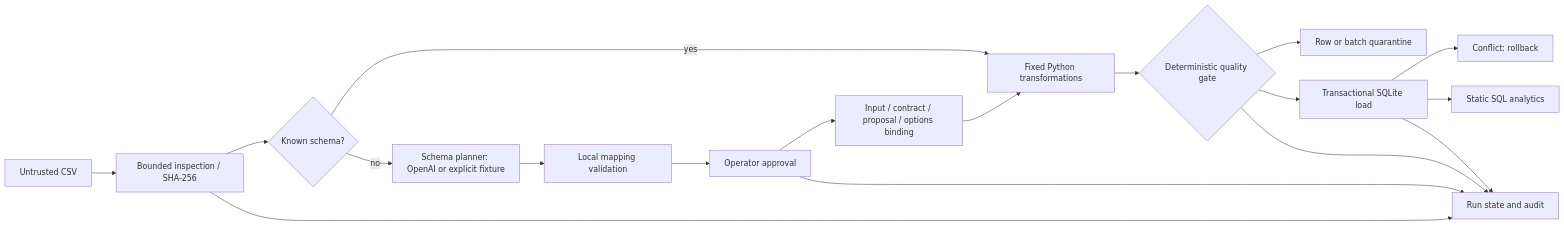
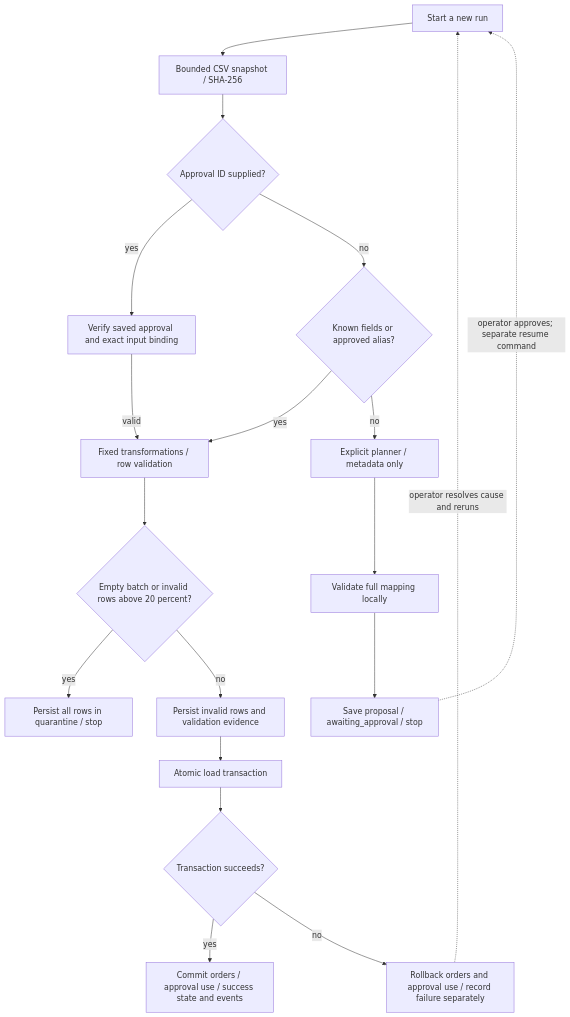
One commit to lekhashashank1704/agent-assisted-etl changed the second of 3 diagrams in docs/ARCHITECTURE.md. Above: the diagram before and after it, drawn with Mermaid. The commit also changed other lines of this file and 1 other file, not shown here.

Commit message:
docs: separate component architecture from approval and transaction flow

````diff
--- a/docs/ARCHITECTURE.md
+++ b/docs/ARCHITECTURE.md
@@ -7,20 +40,22 @@
 ```mermaid
-flowchart LR
-    CSV[Untrusted CSV] --> I[Bounded inspection / SHA-256]
-    I --> K{Known schema?}
-    K -->|yes| T[Fixed Python transformations]
-    K -->|no| P[Schema planner: OpenAI or explicit fixture]
-    P --> V[Local mapping validation]
-    V --> A[Operator approval]
-    A --> B[Input / contract / proposal / options binding]
-    B --> T
-    T --> Q{Deterministic quality gate}
-    Q --> X[Row or batch quarantine]
-    Q --> L[Transactional SQLite load]
-    L --> R[Conflict: rollback]
-    L --> S[Static SQL analytics]
-    I --> U[Run state and audit]
-    A --> U
-    Q --> U
-    L --> U
+flowchart TD
+    START[Start a new run] --> INSPECT[Bounded CSV snapshot / SHA-256]
+    INSPECT --> ROUTE{Approval ID supplied?}
+    ROUTE -->|yes| BIND[Verify saved approval and exact input binding]
+    BIND -->|valid| TRANSFORM[Fixed transformations / row validation]
+    ROUTE -->|no| KNOWN{Known fields or approved alias?}
+    KNOWN -->|yes| TRANSFORM
+    KNOWN -->|no| PROPOSE[Explicit planner / metadata only]
+    PROPOSE --> CHECK[Validate full mapping locally]
+    CHECK --> PAUSE[Save proposal / awaiting_approval / stop]
+    PAUSE -.->|operator approves; separate resume command| START
+
+    TRANSFORM --> QUALITY{Empty batch or invalid rows above 20 percent?}
+    QUALITY -->|yes| WHOLE[Persist all rows in quarantine / stop]
+    QUALITY -->|no| PARTIAL[Persist invalid rows and validation evidence]
+    PARTIAL --> LOAD[Atomic load transaction]
+    LOAD --> OUTCOME{Transaction succeeds?}
+    OUTCOME -->|yes| COMMIT[Commit orders / approval use / success state and events]
+    OUTCOME -->|no| ROLLBACK[Rollback orders and approval use / record failure separately]
+    ROLLBACK -.->|operator resolves cause and reruns| START
 ```
````
